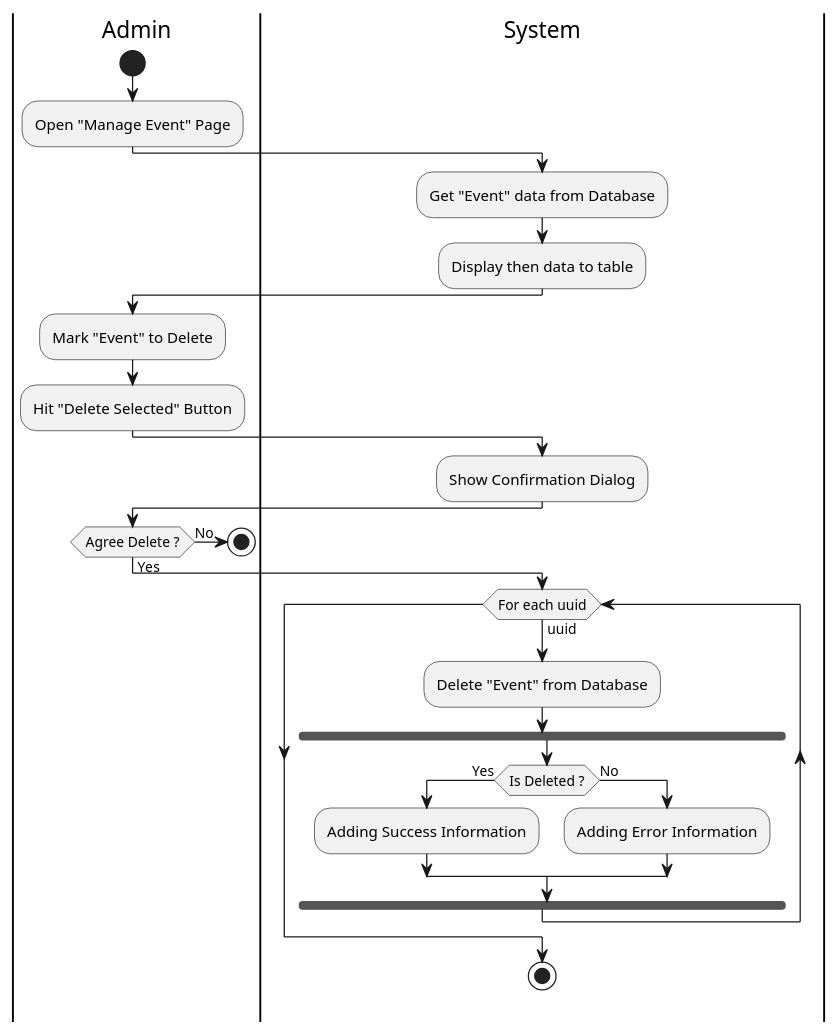
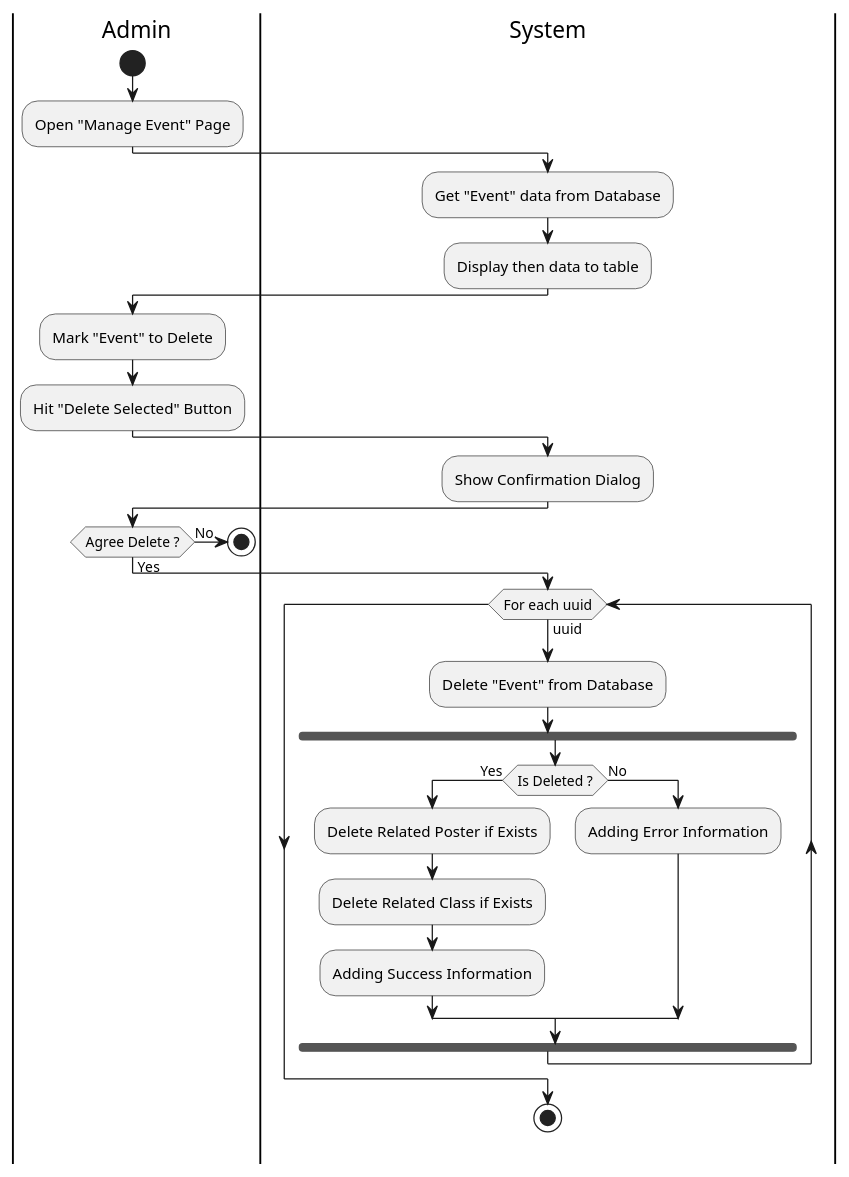
Before and after one commit to fwidjaya20/fazzlearning-uml: the diagram in Activity/Release01/DeleteEvent.wsd, drawn with PlantUML.

Commit message:
activity: adding delete related poster and class if exists

```diff
--- a/Activity/Release01/DeleteEvent.wsd
+++ b/Activity/Release01/DeleteEvent.wsd
@@ -1,40 +1,42 @@
 @startuml DeleteEvent
 
 skinparam ConditionEndStyle hline
 skinparam Monochrome true
 skinparam Shadowing false
 
 |Admin|
 start
 :Open "Manage Event" Page;
 
 |System|
 :Get "Event" data from Database;
 :Display then data to table;
 
 |Admin|
 :Mark "Event" to Delete;
 :Hit "Delete Selected" Button;
 
 |System|
 :Show Confirmation Dialog;
 
 |Admin|
 if (Agree Delete ?) then (No)
     stop
 else (Yes)
     |System|
     while (For each uuid) is (uuid)
         :Delete "Event" from Database;
         fork
             |System|
             if (Is Deleted ?) then (Yes)
+                :Delete Related Poster if Exists;
+                :Delete Related Class if Exists;
                 :Adding Success Information;
             else (No)
                 :Adding Error Information;
             endif
         endfork
     endwhile
     stop
 endif
 @enduml
```
